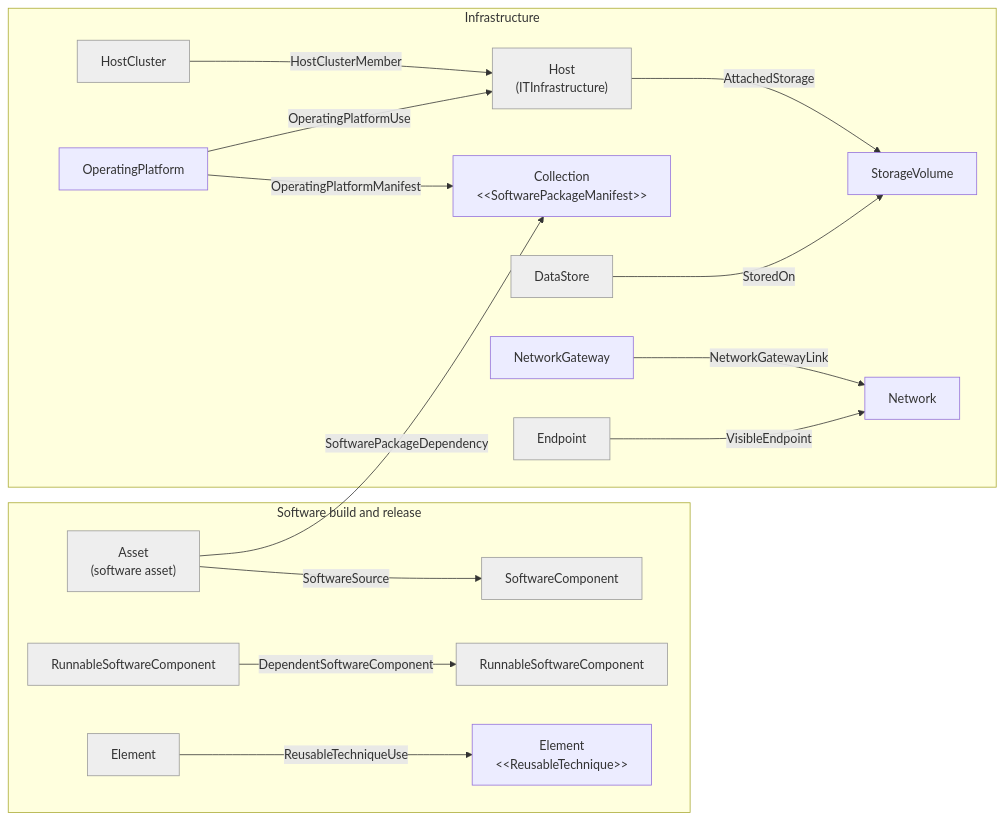
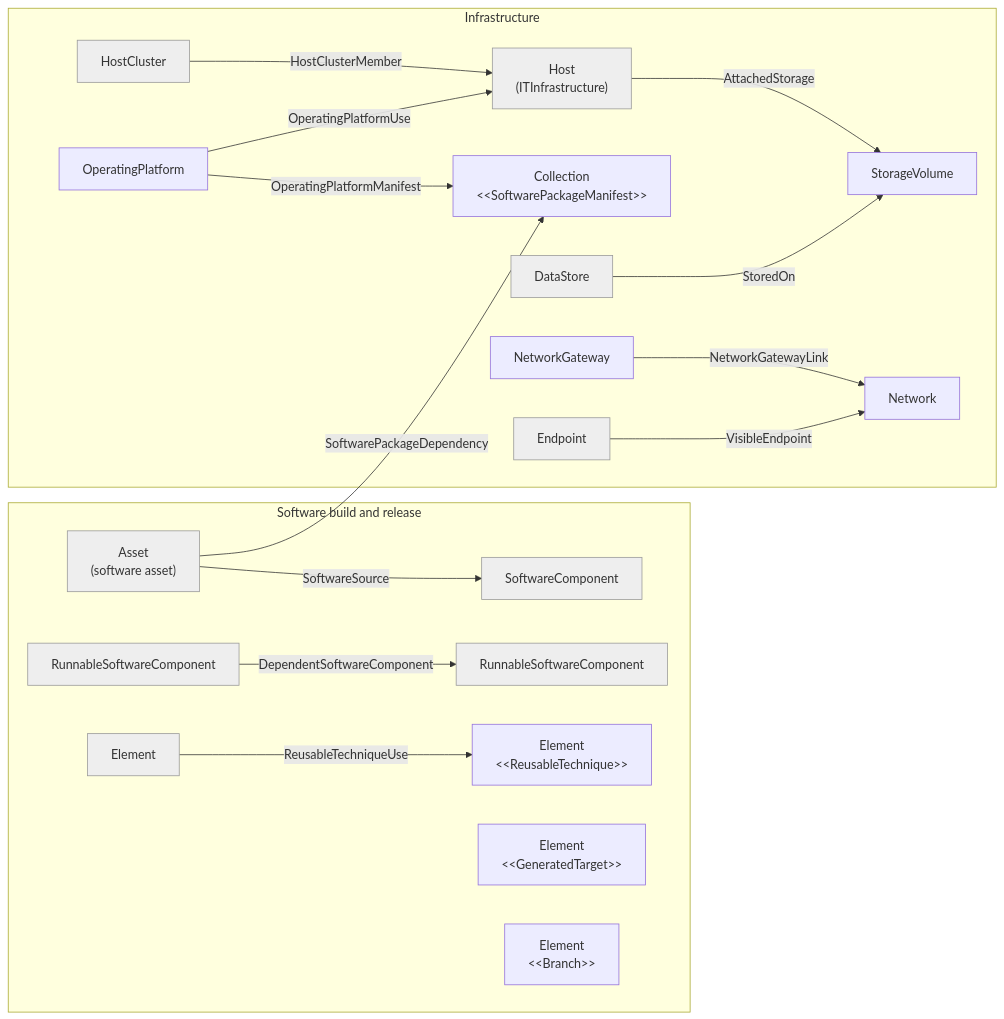
One commit to odpi/egeria-docs changed the diagram in site/docs/services/omvs/devops-pipeline/overview.md. Above: the diagram before and after it, drawn with Mermaid. The commit also changed other lines of this file and 28 other files, not shown here.

````diff
--- a/site/docs/services/omvs/devops-pipeline/overview.md
+++ b/site/docs/services/omvs/devops-pipeline/overview.md
@@ -81,35 +82,37 @@
 ```mermaid
 flowchart LR
     subgraph software [Software build and release]
         SC[SoftwareComponent]
         SA["Asset<br/>(software asset)"]
         RSC1[RunnableSoftwareComponent]
         RSC2[RunnableSoftwareComponent]
         RT["Element<br/>&lt;&lt;ReusableTechnique&gt;&gt;"]
         TU[Element]
+        GT["Element<br/>&lt;&lt;GeneratedTarget&gt;&gt;"]
+        BR["Element<br/>&lt;&lt;Branch&gt;&gt;"]
     end
     subgraph infrastructure [Infrastructure]
         HC[HostCluster]
         H["Host<br/>(ITInfrastructure)"]
         OP[OperatingPlatform]
         MAN["Collection<br/>&lt;&lt;SoftwarePackageManifest&gt;&gt;"]
         SV[StorageVolume]
         DS[DataStore]
         NET[Network]
         NG[NetworkGateway]
         EP[Endpoint]
     end
     SA -- SoftwareSource --> SC
     RSC1 -- DependentSoftwareComponent --> RSC2
     TU -- ReusableTechniqueUse --> RT
     SA -- SoftwarePackageDependency --> MAN
     HC -- HostClusterMember --> H
     OP -- OperatingPlatformUse --> H
     OP -- OperatingPlatformManifest --> MAN
     H -- AttachedStorage --> SV
     DS -- StoredOn --> SV
     NG -- NetworkGatewayLink --> NET
     EP -- VisibleEndpoint --> NET
     classDef external fill:#eeeeee,stroke:#999999,color:#333333
     class SC,SA,RSC1,RSC2,TU,HC,H,DS,EP external
 ```
````
